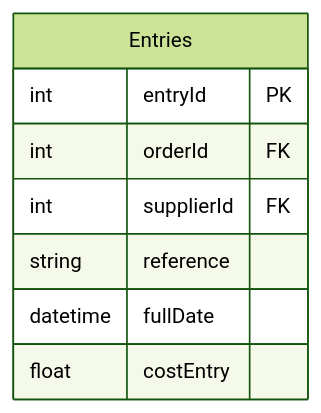
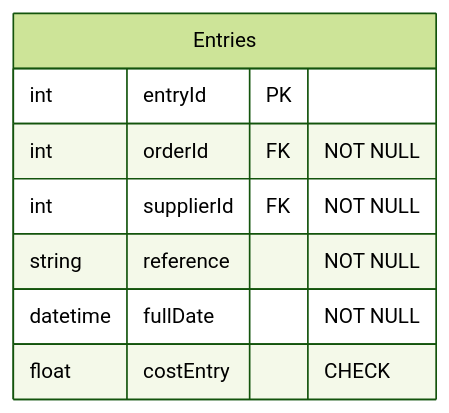
Diagram 21 of 29 in 4to-Cuatrimestre/fundamentos-base-datos/proyecto/proyecto.md (rosendocamal/homeworks), drawn with Mermaid (forest theme) before and after one commit. The commit also changed other lines of this file, not shown here.

````diff
--- a/4to-Cuatrimestre/fundamentos-base-datos/proyecto/proyecto.md
+++ b/4to-Cuatrimestre/fundamentos-base-datos/proyecto/proyecto.md
@@ -457,11 +426,11 @@
 ```mermaid
 erDiagram
 	Entries {
 		int entryId PK
-		int orderId FK
-		int supplierId FK
-		string reference
-		datetime fullDate
-		float costEntry
+		int orderId FK "NOT NULL"
+		int supplierId FK "NOT NULL"
+		string reference "NOT NULL"
+		datetime fullDate "NOT NULL"
+		float costEntry "CHECK"
 	}
 ```
````
